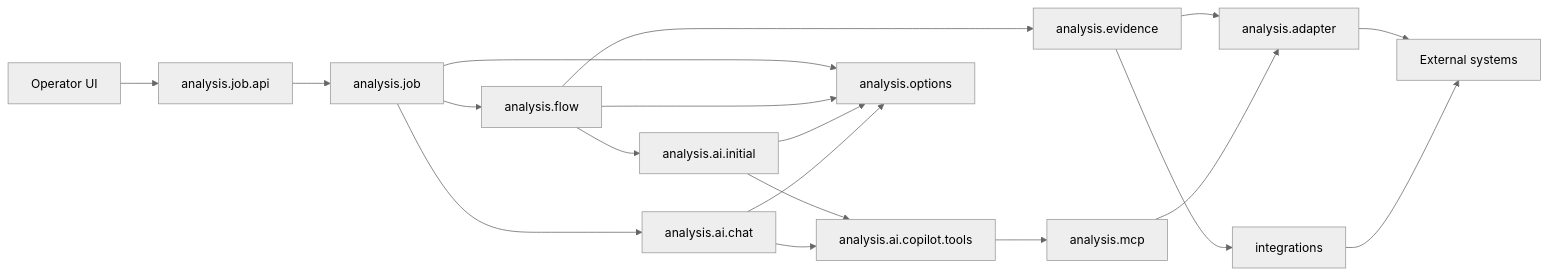
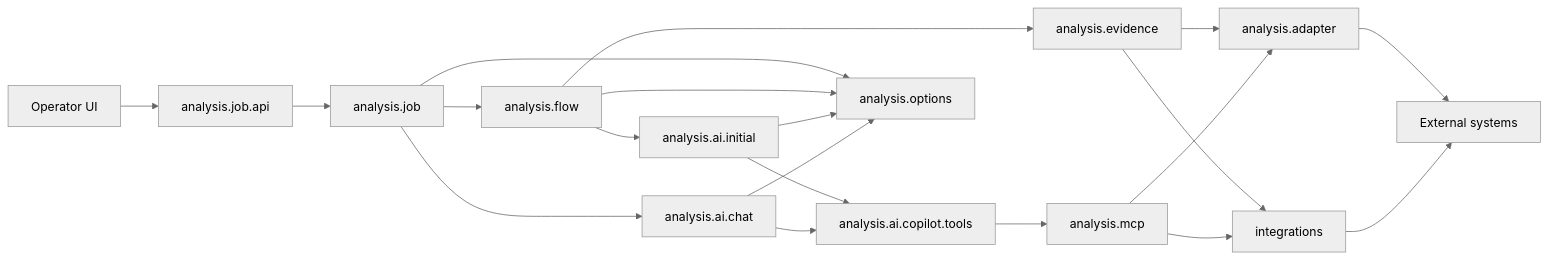
Before and after one commit to herald-assistant/incident-tracker: the first of 2 diagrams in docs/architecture/05-package-dependencies.md, drawn with Mermaid (neutral theme). The commit also changed other lines of this file and 81 other files, not shown here.

````diff
--- a/docs/architecture/05-package-dependencies.md
+++ b/docs/architecture/05-package-dependencies.md
@@ -88,25 +88,26 @@
 ```mermaid
 flowchart LR
     OP["Operator UI"] --> JOBAPI["analysis.job.api"]
     JOBAPI --> JOB["analysis.job"]
     JOB --> FLOW["analysis.flow"]
 
     FLOW --> EVIDENCE["analysis.evidence"]
     EVIDENCE --> ADAPTER["analysis.adapter"]
     EVIDENCE --> INTEGRATIONS["integrations"]
     ADAPTER --> EXT["External systems"]
     INTEGRATIONS --> EXT
 
     FLOW --> INITIAL["analysis.ai.initial"]
     INITIAL --> TOOLS["analysis.ai.copilot.tools"]
     TOOLS --> MCP["analysis.mcp"]
     MCP --> ADAPTER
+    MCP --> INTEGRATIONS
 
     JOB --> CHAT
     CHAT["analysis.ai.chat"] --> TOOLS
 
     JOB --> OPTIONS["analysis.options"]
     FLOW --> OPTIONS
     INITIAL --> OPTIONS
     CHAT --> OPTIONS
 ```
````
